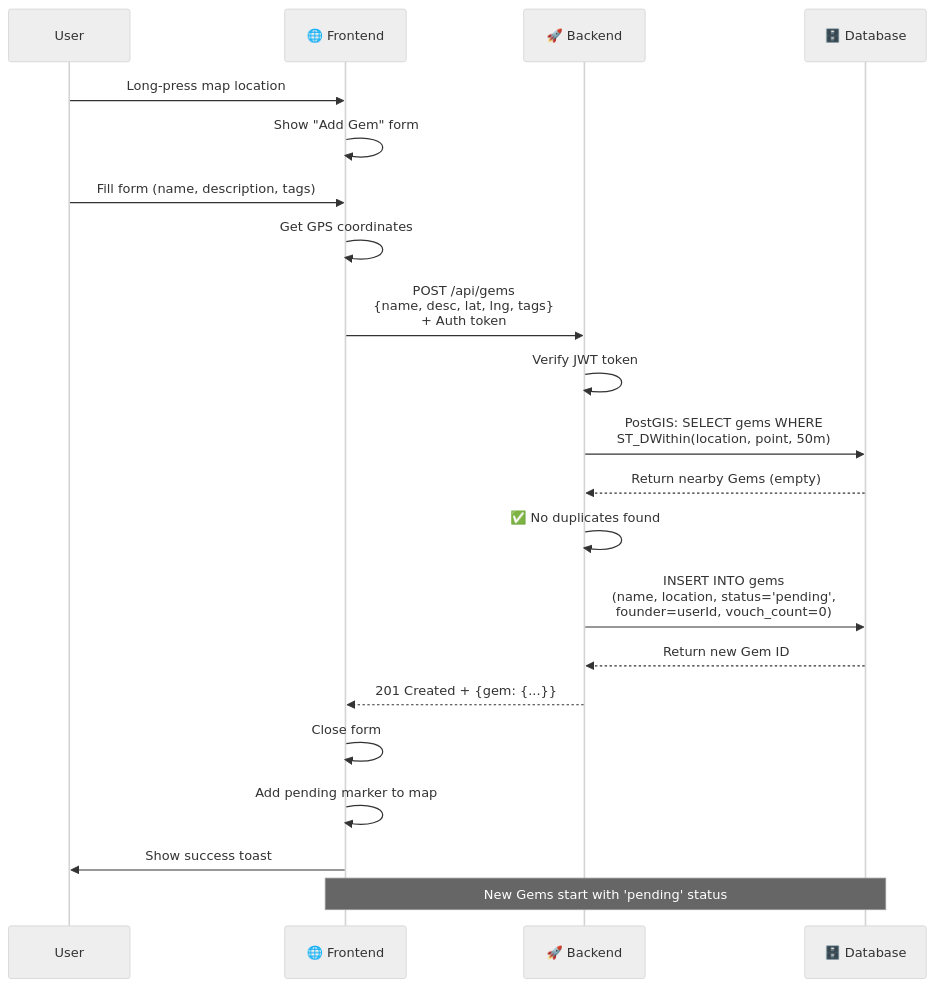
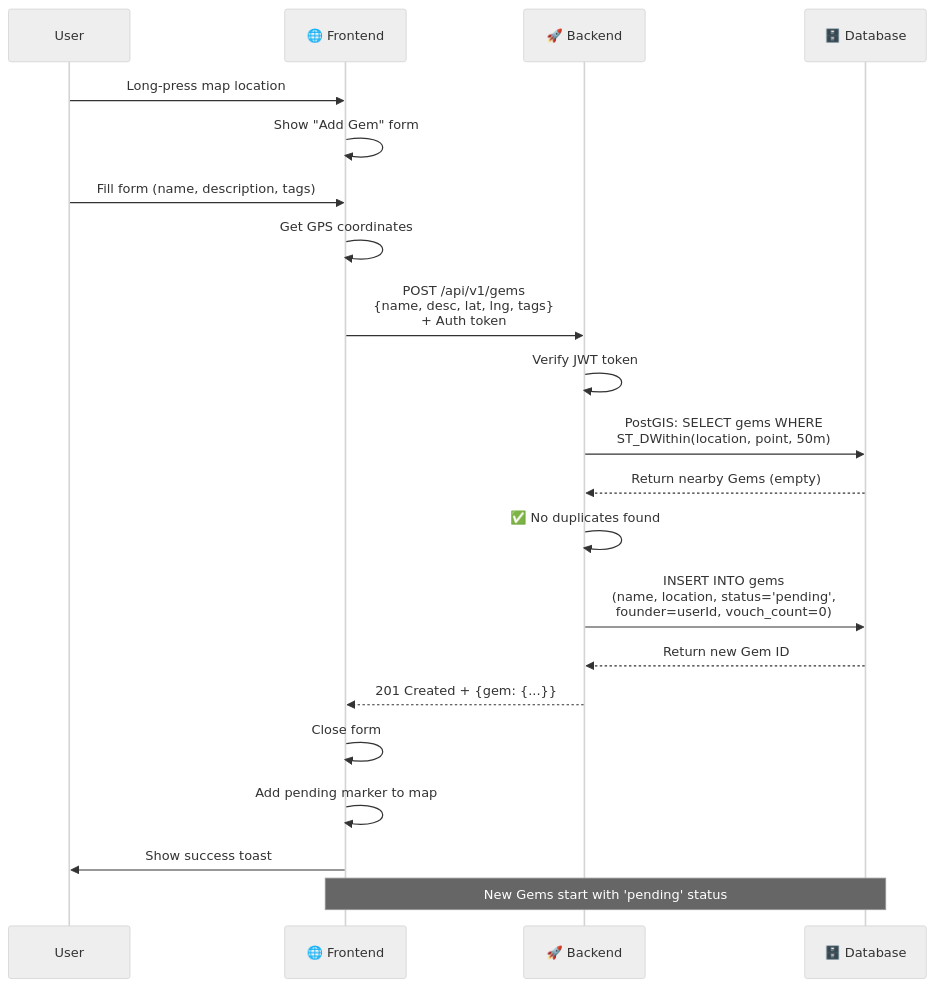
The fifth of 11 diagrams in docs/system-design.md (jlescarlan11/krawl), drawn with Mermaid (neutral theme) before and after one commit. The commit also changed other lines of this file and 40 other files, not shown here.

````diff
--- a/docs/system-design.md
+++ b/docs/system-design.md
@@ -238,25 +238,25 @@
 ```mermaid
 sequenceDiagram
     participant User
     participant FE as 🌐 Frontend
     participant BE as 🚀 Backend
     participant DB as 🗄️ Database
     
     User->>FE: Long-press map location
     FE->>FE: Show "Add Gem" form
     User->>FE: Fill form (name, description, tags)
     FE->>FE: Get GPS coordinates
-    FE->>BE: POST /api/gems<br/>{name, desc, lat, lng, tags}<br/>+ Auth token
+    FE->>BE: POST /api/v1/gems<br/>{name, desc, lat, lng, tags}<br/>+ Auth token
     BE->>BE: Verify JWT token
     BE->>DB: PostGIS: SELECT gems WHERE<br/>ST_DWithin(location, point, 50m)
     DB-->>BE: Return nearby Gems (empty)
     BE->>BE: ✅ No duplicates found
     BE->>DB: INSERT INTO gems<br/>(name, location, status='pending',<br/>founder=userId, vouch_count=0)
     DB-->>BE: Return new Gem ID
     BE-->>FE: 201 Created + {gem: {...}}
     FE->>FE: Close form
     FE->>FE: Add pending marker to map
     FE->>User: Show success toast
     
     Note over FE,DB: New Gems start with 'pending' status
 ```
````
